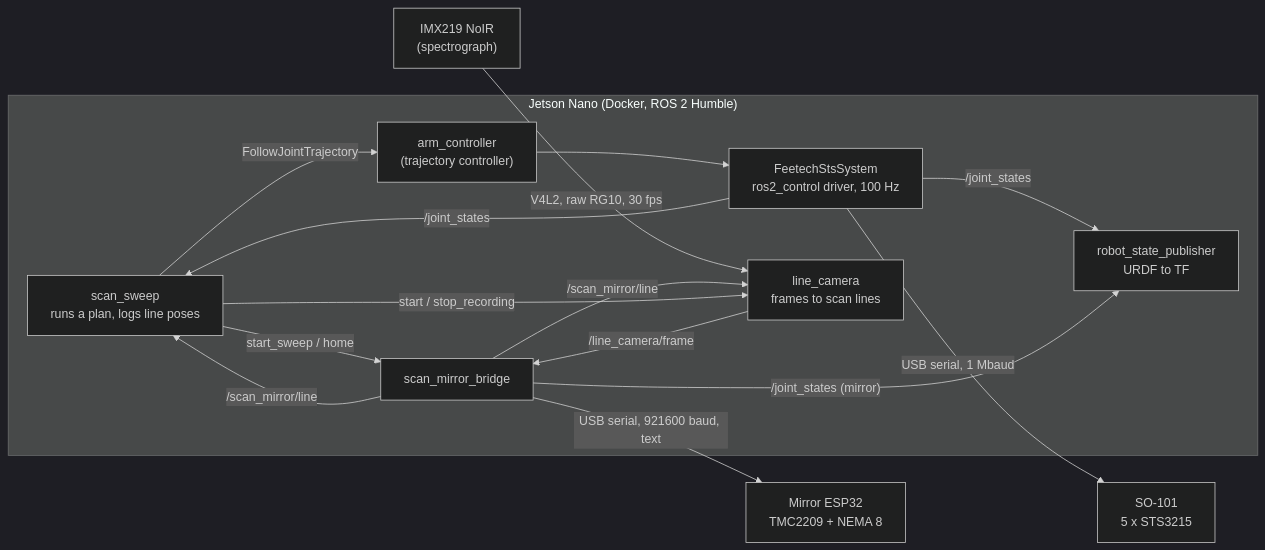
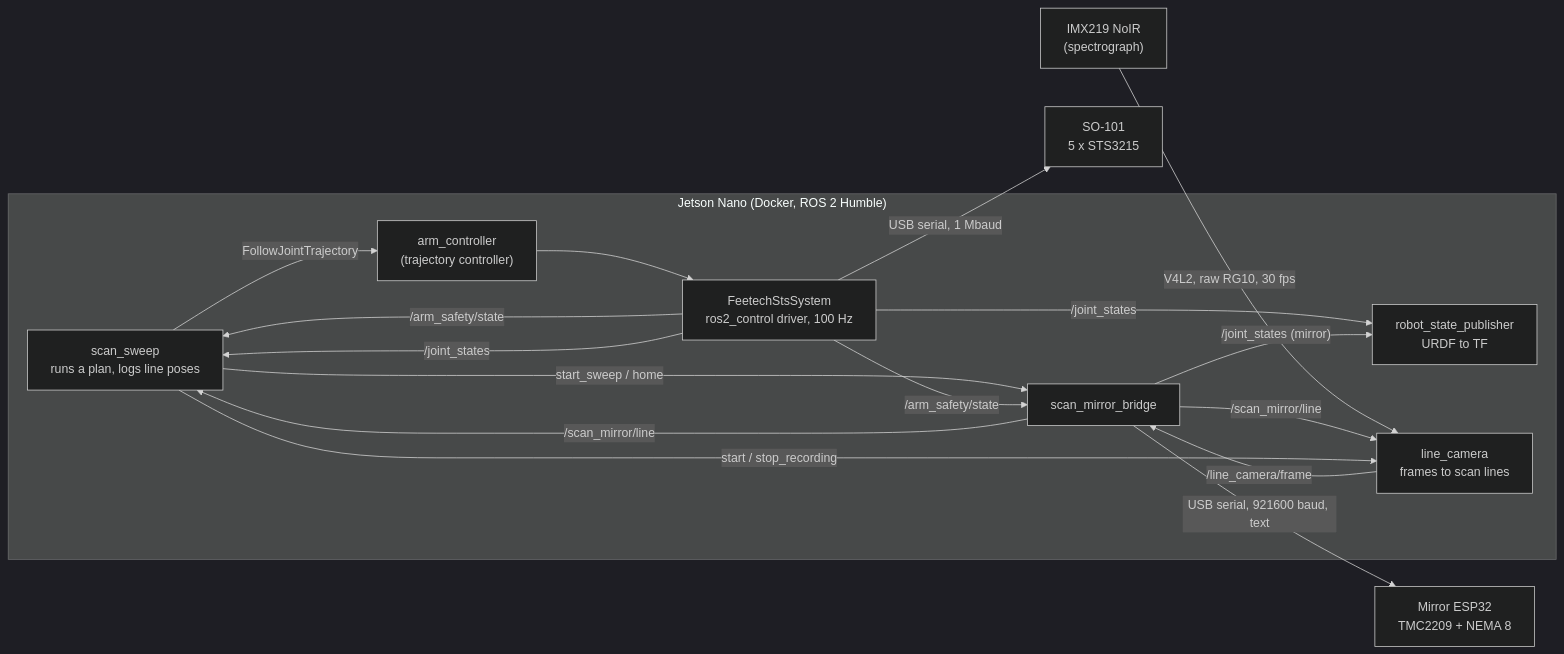
Before and after one commit to CoraBeanz/linescan-hyperspectral-splatting: the diagram in ros2/README.md, drawn with Mermaid (dark theme). The commit also changed other lines of this file and 17 other files, not shown here.

````diff
--- a/ros2/README.md
+++ b/ros2/README.md
@@ -19,24 +20,26 @@
 ```mermaid
 flowchart LR
     subgraph Jetson["Jetson Nano (Docker, ROS 2 Humble)"]
         sweep["scan_sweep<br/>runs a plan, logs line poses"]
         jtc["arm_controller<br/>(trajectory controller)"]
         drv["FeetechStsSystem<br/>ros2_control driver, 100 Hz"]
         bridge["scan_mirror_bridge"]
         rsp["robot_state_publisher<br/>URDF to TF"]
         cam["line_camera<br/>frames to scan lines"]
     end
     servos["SO-101<br/>5 x STS3215"]
     esp["Mirror ESP32<br/>TMC2209 + NEMA 8"]
     imx["IMX219 NoIR<br/>(spectrograph)"]
     sweep -- "FollowJointTrajectory" --> jtc --> drv -- "USB serial, 1 Mbaud" --> servos
     sweep -- "start_sweep / home" --> bridge -- "USB serial, 921600 baud, text" --> esp
     bridge -- "/scan_mirror/line" --> sweep
     imx -- "V4L2, raw RG10, 30 fps" --> cam
     cam -- "/line_camera/frame" --> bridge
     bridge -- "/scan_mirror/line" --> cam
     sweep -- "start / stop_recording" --> cam
+    drv -- "/arm_safety/state" --> sweep
+    drv -- "/arm_safety/state" --> bridge
     drv -- "/joint_states" --> sweep
     drv -- "/joint_states" --> rsp
     bridge -- "/joint_states (mirror)" --> rsp
 ```
````
